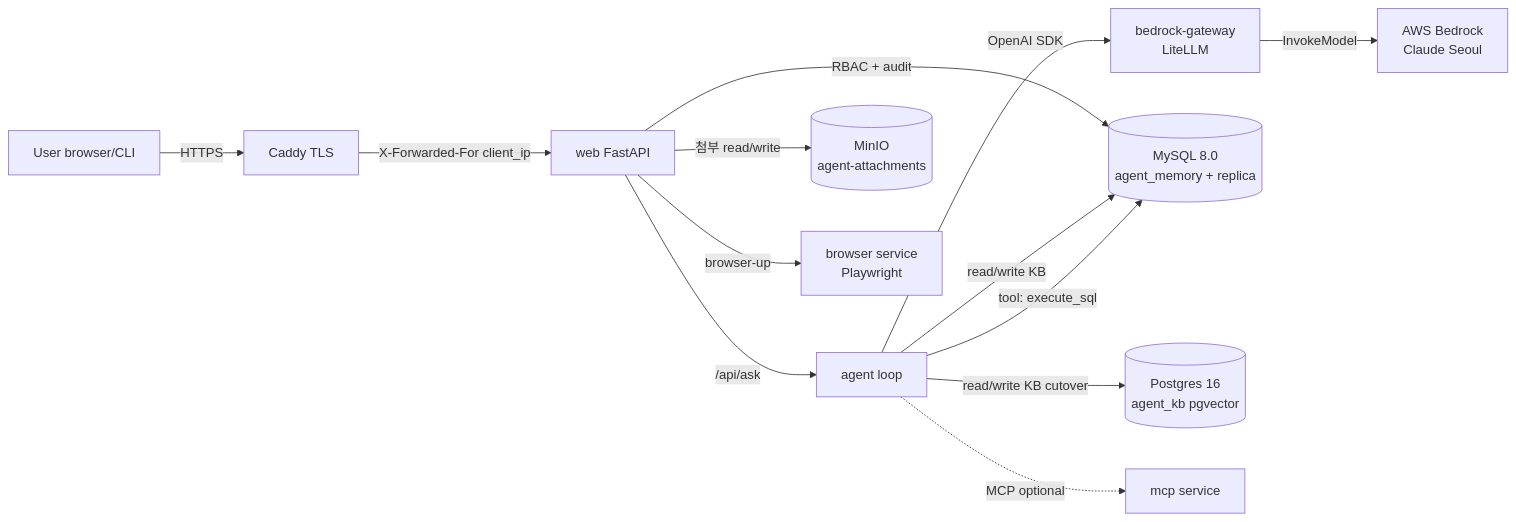
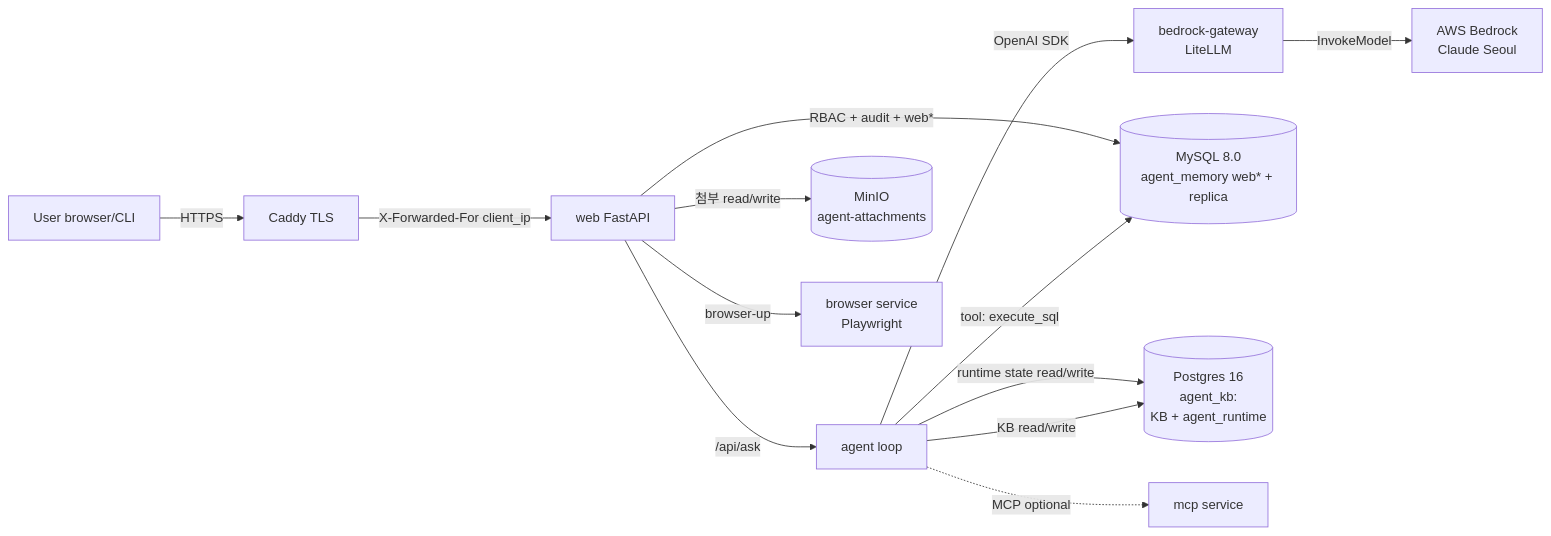
One commit to msmckimgpt-tech/gstack_dba_ai_assistant changed the diagram in wiki/Architecture/Data-Flow.md. Above: the diagram before and after it, drawn with Mermaid. The commit also changed other lines of this file and 3 other files, not shown here.

````diff
--- a/wiki/Architecture/Data-Flow.md
+++ b/wiki/Architecture/Data-Flow.md
@@ -52,27 +54,27 @@
 ```mermaid
 flowchart LR
     user[User browser/CLI]
     caddy[Caddy TLS]
     web[web FastAPI]
     agent[agent loop]
     bedrock[bedrock-gateway<br/>LiteLLM]
     claude[AWS Bedrock<br/>Claude Seoul]
-    mysql[(MySQL 8.0<br/>agent_memory + replica)]
-    pg[(Postgres 16<br/>agent_kb pgvector)]
+    mysql[(MySQL 8.0<br/>agent_memory web* + replica)]
+    pg[(Postgres 16<br/>agent_kb:<br/>KB + agent_runtime)]
     minio[(MinIO<br/>agent-attachments)]
     browser[browser service<br/>Playwright]
     mcp[mcp service]
 
     user -->|HTTPS| caddy
     caddy -->|X-Forwarded-For client_ip| web
-    web -->|RBAC + audit| mysql
+    web -->|RBAC + audit + web*| mysql
     web -->|첨부 read/write| minio
     web -->|/api/ask| agent
     agent -->|OpenAI SDK| bedrock
     bedrock -->|InvokeModel| claude
-    agent -->|read/write KB| mysql
-    agent -->|read/write KB cutover| pg
+    agent -->|runtime state read/write| pg
+    agent -->|KB read/write| pg
     agent -->|tool: execute_sql| mysql
     web -->|browser-up| browser
     agent -.->|MCP optional| mcp
 ```
````
